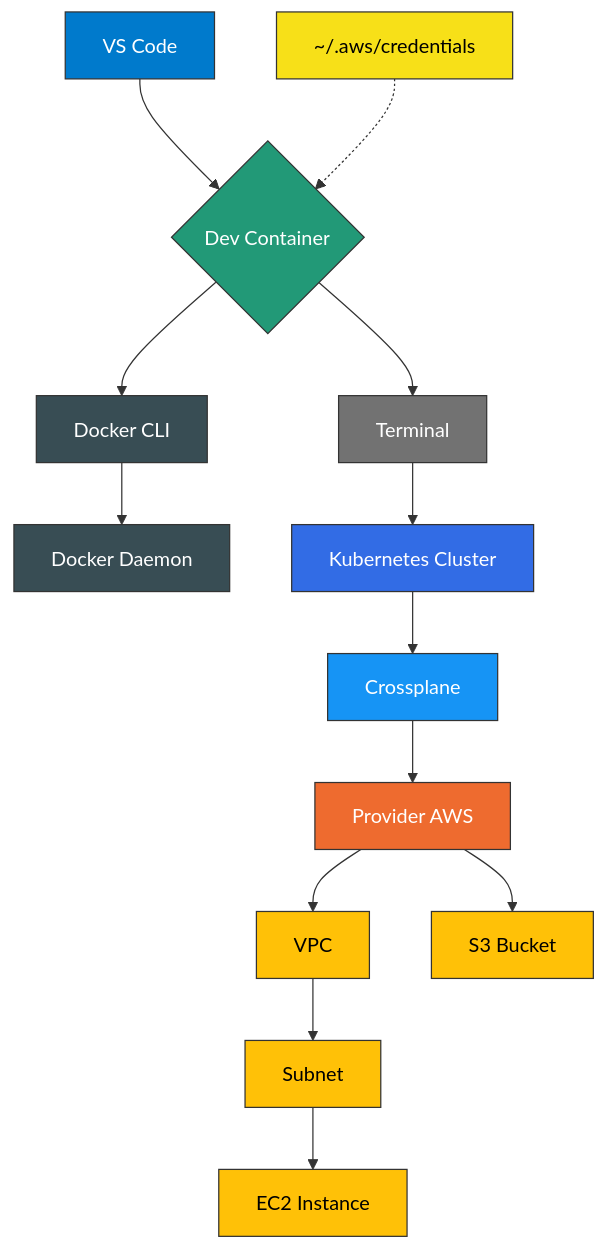
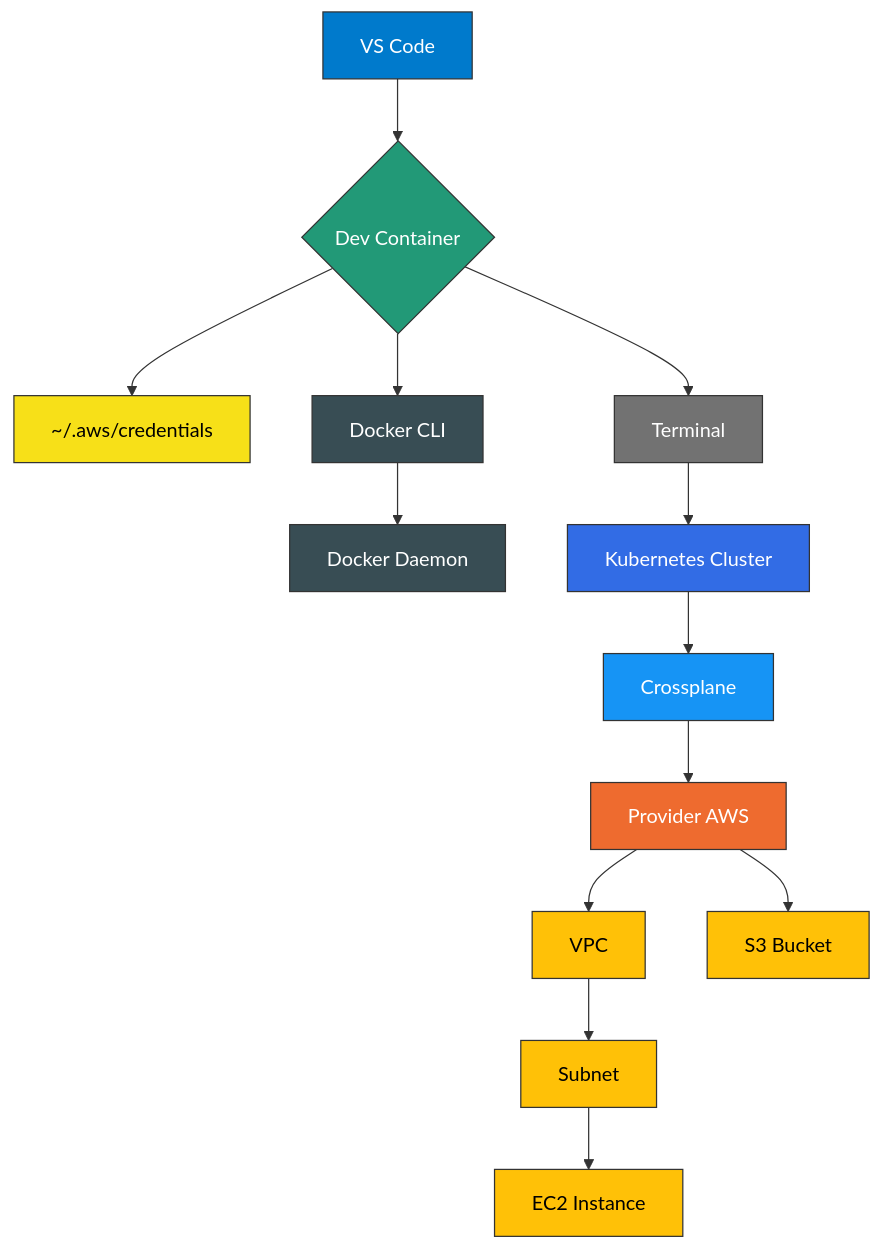
The diagram in README.md (Portfolio-jaime/crossplane-lab), drawn with Mermaid before and after one commit.

Commit message:
feat:_ fix README

````diff
--- a/README.md
+++ b/README.md
@@ -15,26 +15,26 @@
 ```mermaid
 flowchart TD
     A[VS Code]:::vscode --> B{Dev Container}:::devcontainer
-    D1[~/.aws/credentials]:::cred -.-> B
+    B --> D1[~/.aws/credentials]:::cred
     B --> C[Terminal]:::terminal
     B --> D[Docker CLI]:::docker
     D --> H[Docker Daemon]:::docker
     C --> I[Kubernetes Cluster]:::k8s
     I --> J[Crossplane]:::crossplane
     J --> K[Provider AWS]:::aws
     K --> L[VPC]:::awsres
     L --> M[Subnet]:::awsres
     M --> N[EC2 Instance]:::awsres
     K --> O[S3 Bucket]:::awsres
 
     %% Colores
     classDef vscode fill:#007acc,stroke:#333,stroke-width:1px,color:#fff
     classDef devcontainer fill:#229977,stroke:#333,stroke-width:1px,color:#fff
     classDef terminal fill:#727272,stroke:#333,stroke-width:1px,color:#fff
     classDef docker fill:#384d54,stroke:#333,stroke-width:1px,color:#fff
     classDef k8s fill:#326ce5,stroke:#333,stroke-width:1px,color:#fff
     classDef crossplane fill:#1694f5,stroke:#333,stroke-width:1px,color:#fff
     classDef aws fill:#ee6b2f,stroke:#333,stroke-width:1px,color:#fff
     classDef awsres fill:#ffc107,stroke:#333,stroke-width:1px,color:#000
     classDef cred fill:#f7e018,stroke:#333,stroke-width:1px,color:#000
 ```
````
